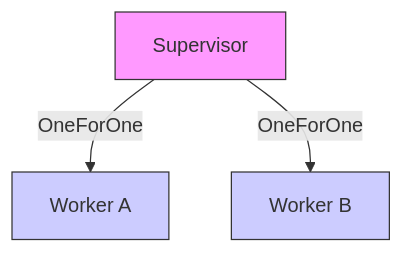
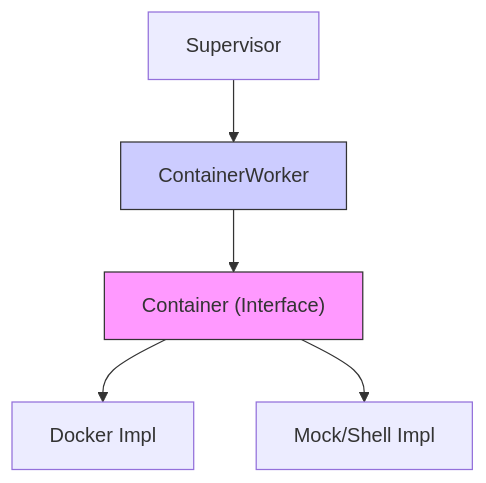
Before and after one commit to aretw0/lifecycle: the sixth of 6 diagrams in docs/TECHNICAL.md, drawn with Mermaid. The commit also changed other lines of this file and 4 other files, not shown here.

````diff
--- a/docs/TECHNICAL.md
+++ b/docs/TECHNICAL.md
@@ -214,9 +245,10 @@
 ```mermaid
 graph TD
-    Sup[Supervisor] -->|OneForOne| W1[Worker A]
-    Sup -->|OneForOne| W2[Worker B]
+    Sup[Supervisor] --> CW[ContainerWorker]
+    CW --> C["Container (Interface)"]
+    C --> D[Docker Impl]
+    C --> M[Mock/Shell Impl]
     
-    style Sup fill:#f9f,stroke:#333
-    style W1 fill:#ccf,stroke:#333
-    style W2 fill:#ccf,stroke:#333
+    style CW fill:#ccf,stroke:#333
+    style C fill:#f9f,stroke:#333
 ```
````
